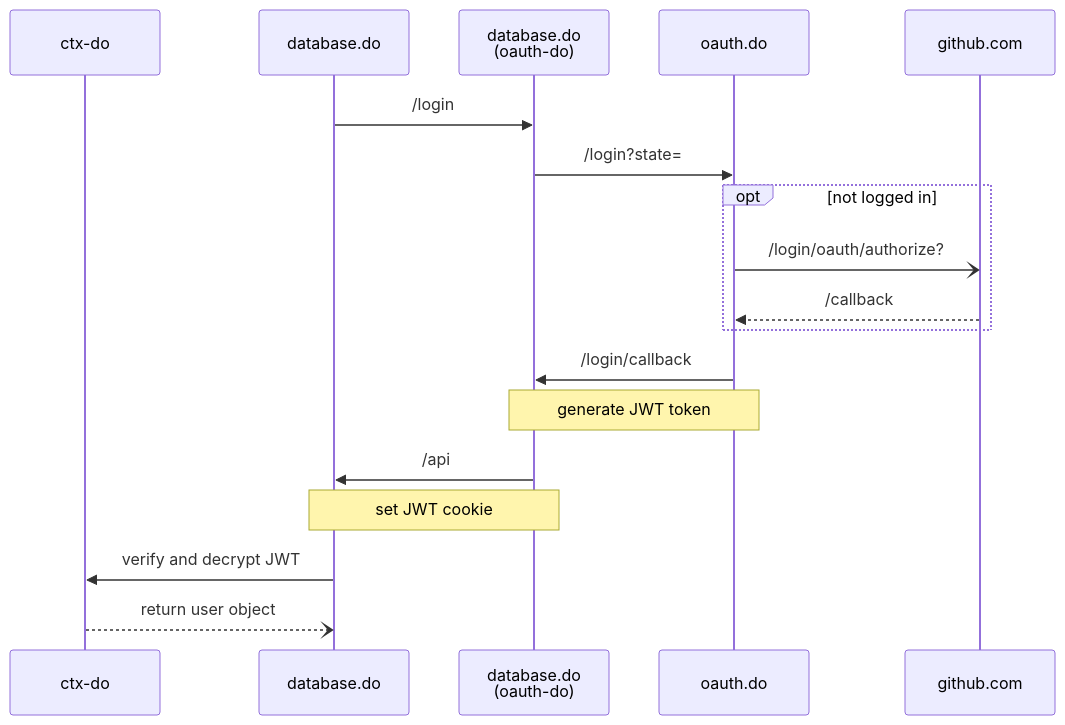
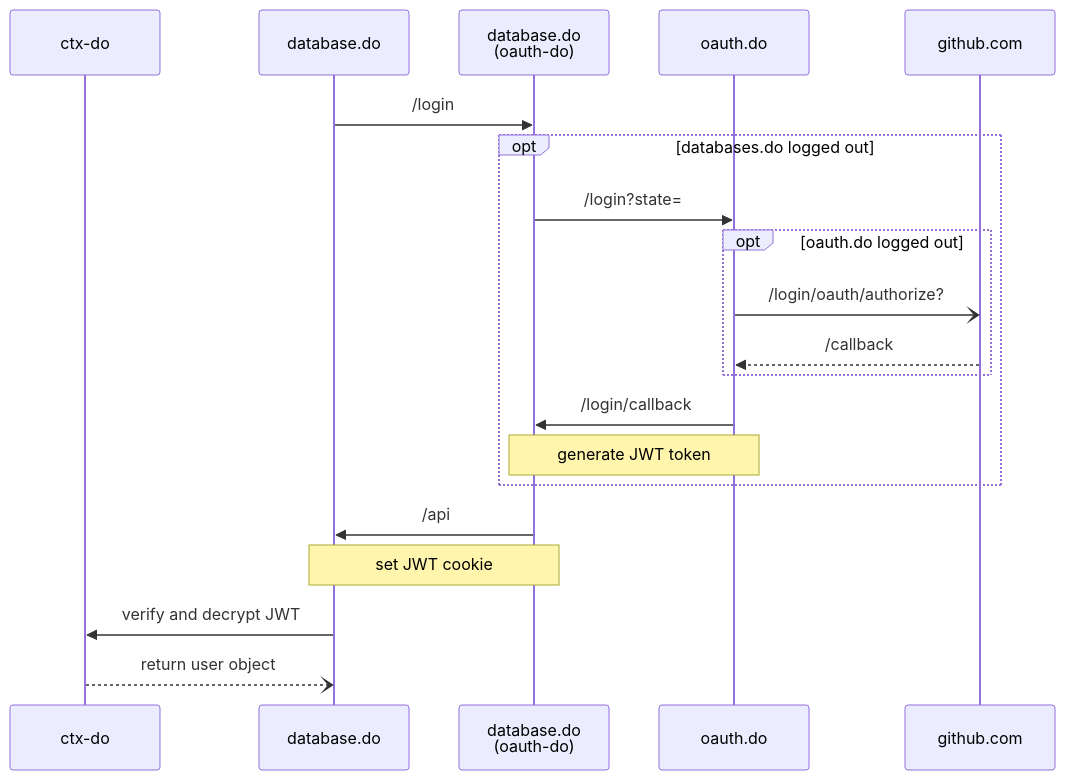
The diagram in README.md (drivly/oauth.do), drawn with Mermaid before and after one commit.

````diff
--- a/README.md
+++ b/README.md
@@ -9,19 +9,21 @@
 ```mermaid
 sequenceDiagram
   participant C as ctx-do
   participant D as database.do
   participant O as database.do<br/>(oauth-do)
   participant A as oauth.do
   D->>O: /login
-  O->>A: /login?state=
-  opt not logged in
-    A-)github.com: /login/oauth/authorize?
-    github.com-->>A: /callback
+  opt databases.do logged out
+    O->>A: /login?state=
+    opt oauth.do logged out
+      A-)github.com: /login/oauth/authorize?
+      github.com-->>A: /callback
+    end
+    A->>O: /login/callback
+    Note over A,O: generate JWT token
   end
-  A->>O: /login/callback
-  Note over A,O: generate JWT token
   O->>D: /api
   Note over O,D: set JWT cookie
   D->>C: verify and decrypt JWT
   C--)D: return user object
 ```
````
